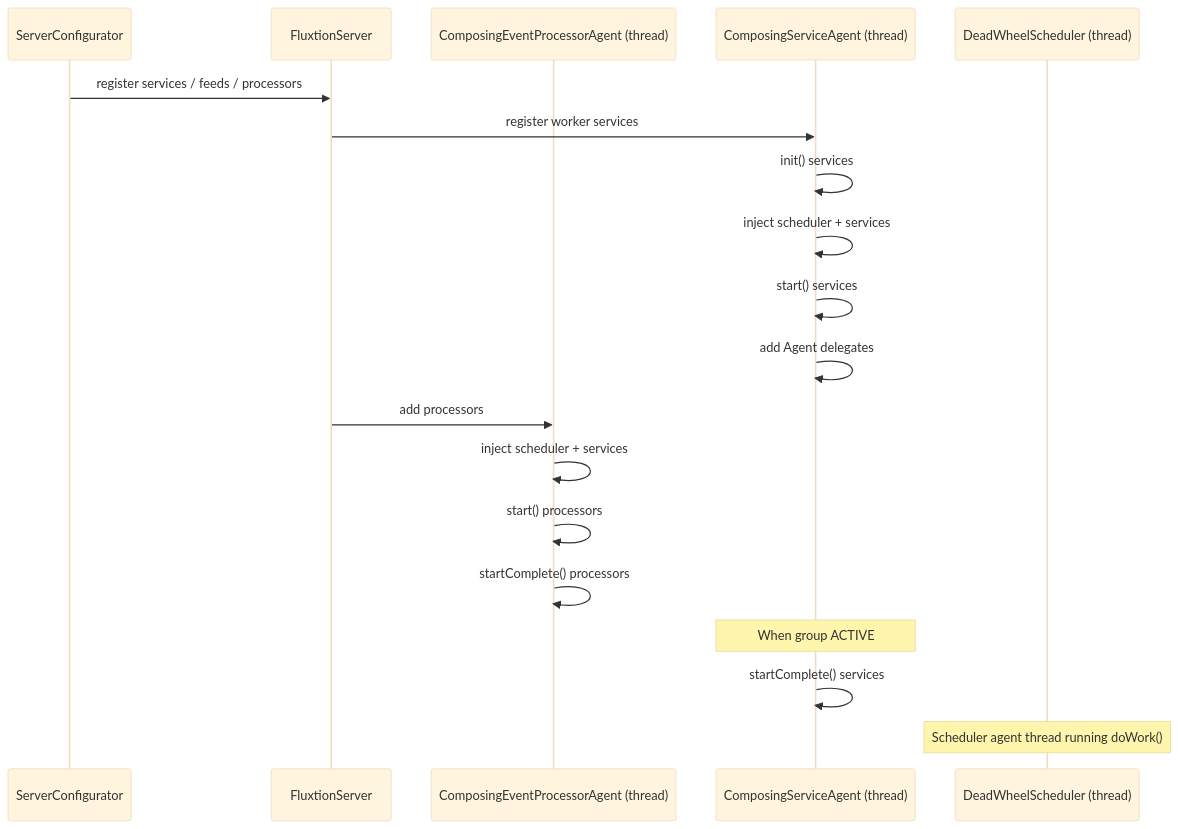
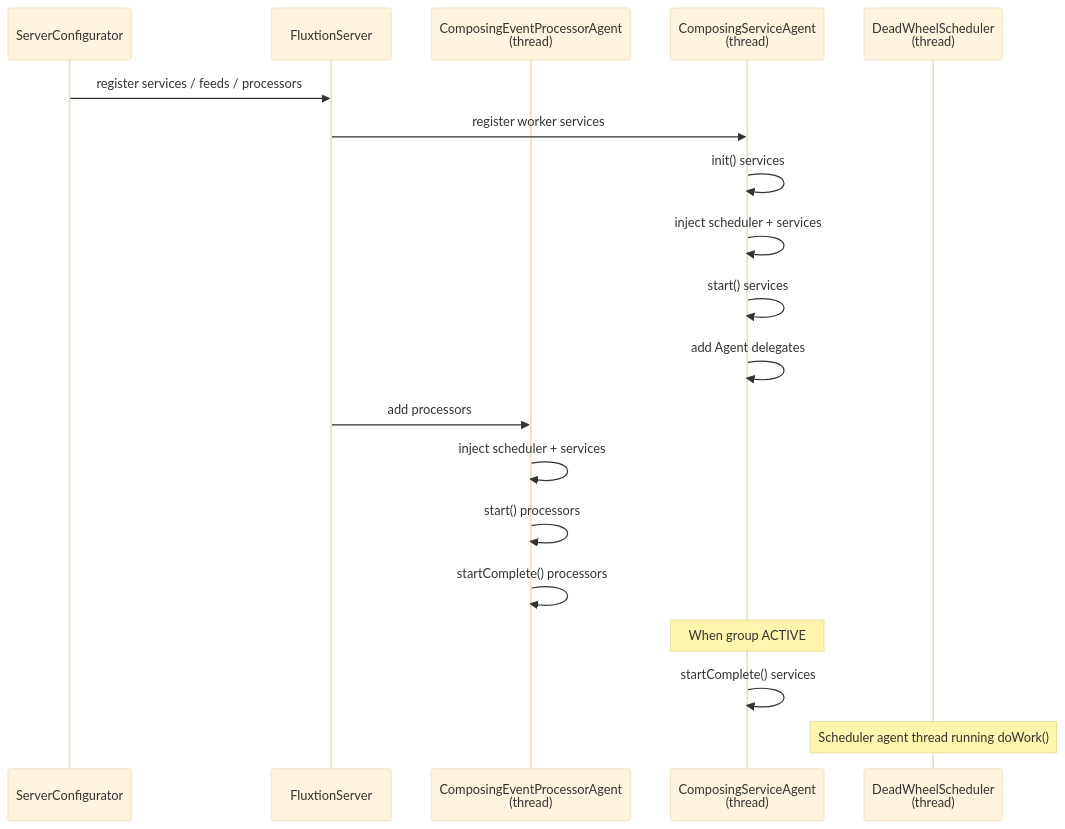
The second of 3 diagrams in docs/architecture/threading-model.md (gregv12/fluxtion-server), drawn with Mermaid (base theme) before and after one commit. The commit also changed other lines of this file, not shown here.

Commit message:
update: refine threading model diagrams with consistent `<br>` tag formatting

````diff
--- a/docs/architecture/threading-model.md
+++ b/docs/architecture/threading-model.md
@@ -95,25 +95,25 @@
 ```mermaid
 sequenceDiagram
     participant CFG as ServerConfigurator
     participant SVR as FluxtionServer
-    participant PGA as ComposingEventProcessorAgent (thread)
-    participant SGA as ComposingServiceAgent (thread)
-    participant SCH as DeadWheelScheduler (thread)
+    participant PGA as ComposingEventProcessorAgent <br>(thread)
+    participant SGA as ComposingServiceAgent <br>(thread)
+    participant SCH as DeadWheelScheduler <br>(thread)
 
     CFG->>SVR: register services / feeds / processors
     SVR->>SGA: register worker services
     SGA->>SGA: init() services
     SGA->>SGA: inject scheduler + services
     SGA->>SGA: start() services
     SGA->>SGA: add Agent delegates
 
     SVR->>PGA: add processors
     PGA->>PGA: inject scheduler + services
     PGA->>PGA: start() processors
     PGA->>PGA: startComplete() processors
 
     Note over SGA: When group ACTIVE
     SGA->>SGA: startComplete() services
 
     Note over SCH: Scheduler agent thread running doWork()
 ```
````
